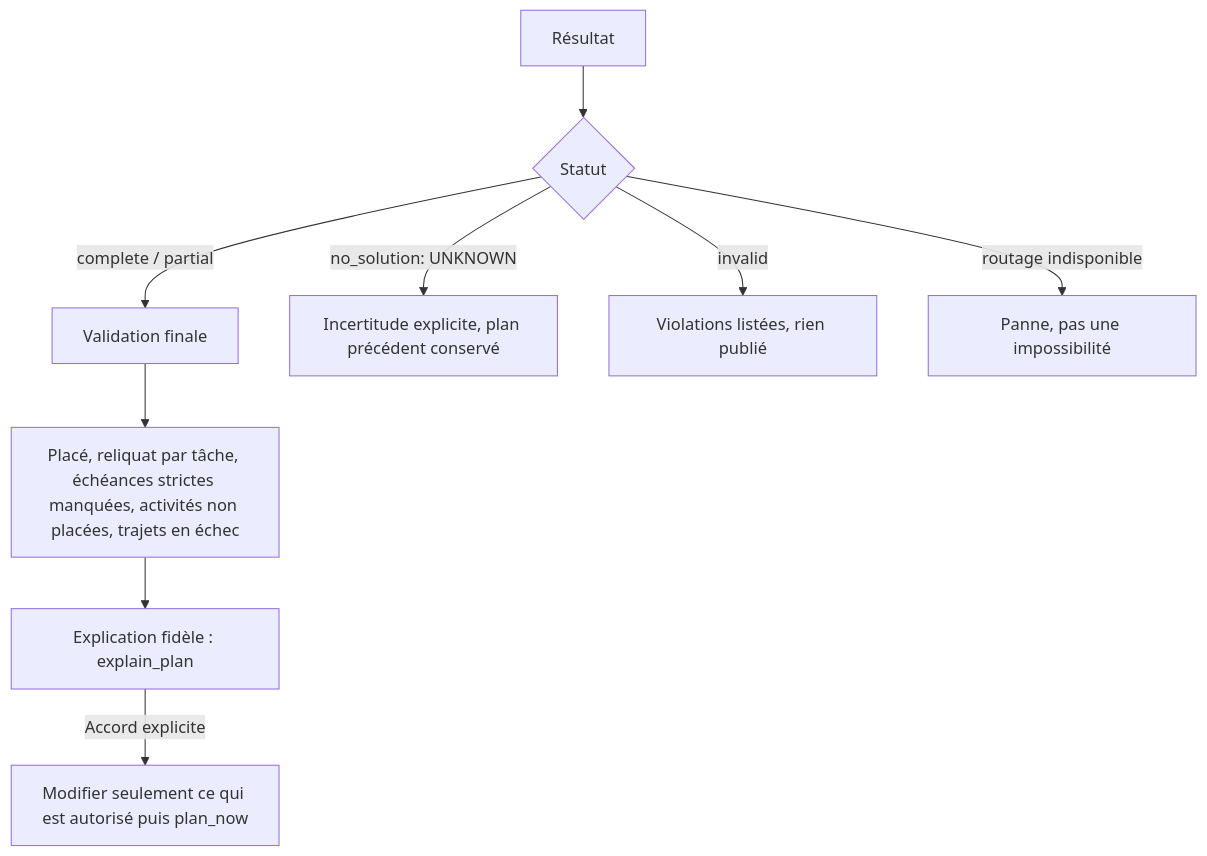
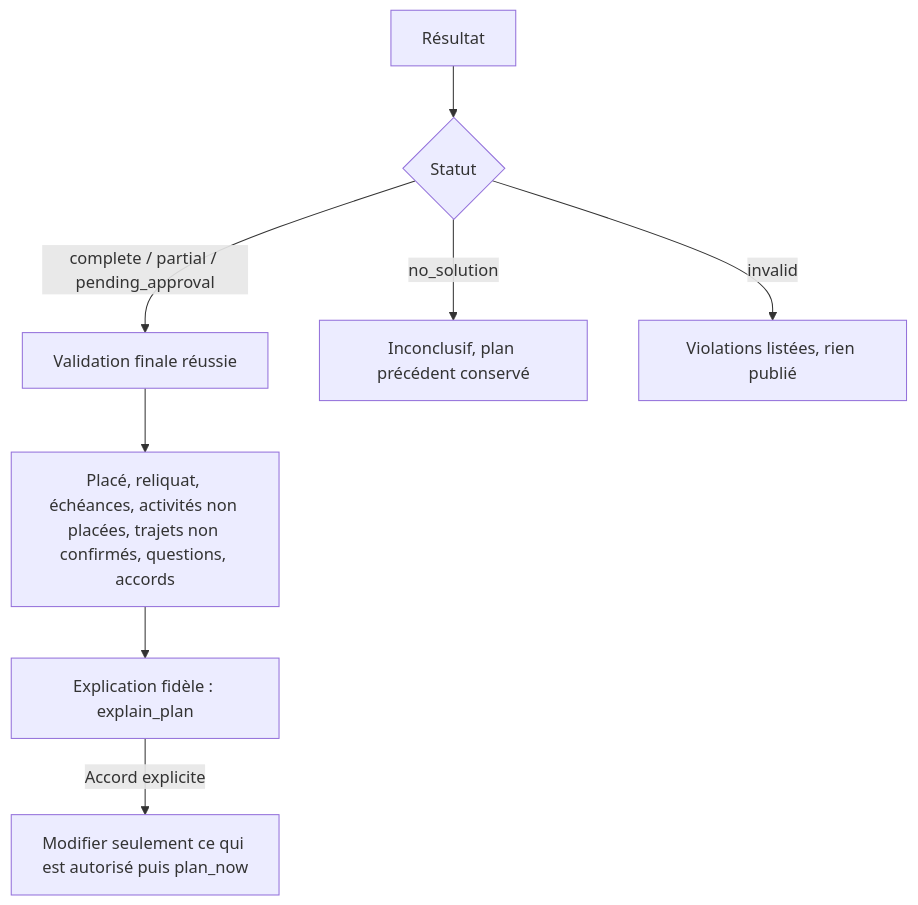
The tenth of 13 diagrams in ARCHITECTURE.md (mtx26/Tempo), drawn with Mermaid before and after one commit. The commit also changed other lines of this file and 70 other files, not shown here.

````diff
--- a/ARCHITECTURE.md
+++ b/ARCHITECTURE.md
@@ -707,11 +788,10 @@
 ```mermaid
 flowchart TD
  S[Résultat] --> T{Statut}
- T -->|complete / partial| V[Validation finale]
- T -->|no_solution: UNKNOWN| U[Incertitude explicite, plan précédent conservé]
+ T -->|complete / partial / pending_approval| V[Validation finale réussie]
+ T -->|no_solution| U[Inconclusif, plan précédent conservé]
  T -->|invalid| ERR[Violations listées, rien publié]
- T -->|routage indisponible| RU[Panne, pas une impossibilité]
- V --> RES[Placé, reliquat par tâche, échéances strictes manquées, activités non placées, trajets en échec]
+ V --> RES[Placé, reliquat, échéances, activités non placées, trajets non confirmés, questions, accords]
  RES --> AI[Explication fidèle : explain_plan]
  AI -->|Accord explicite| NEW[Modifier seulement ce qui est autorisé puis plan_now]
 ```
````
